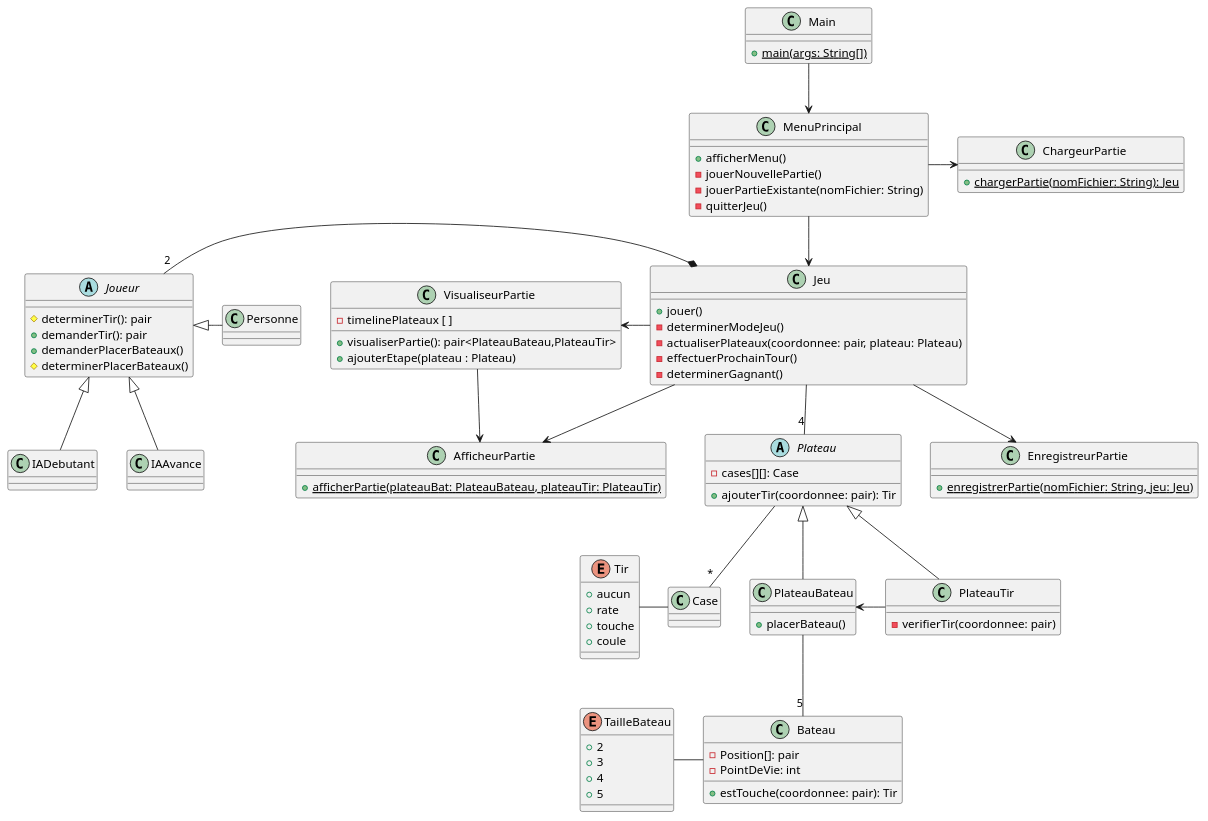
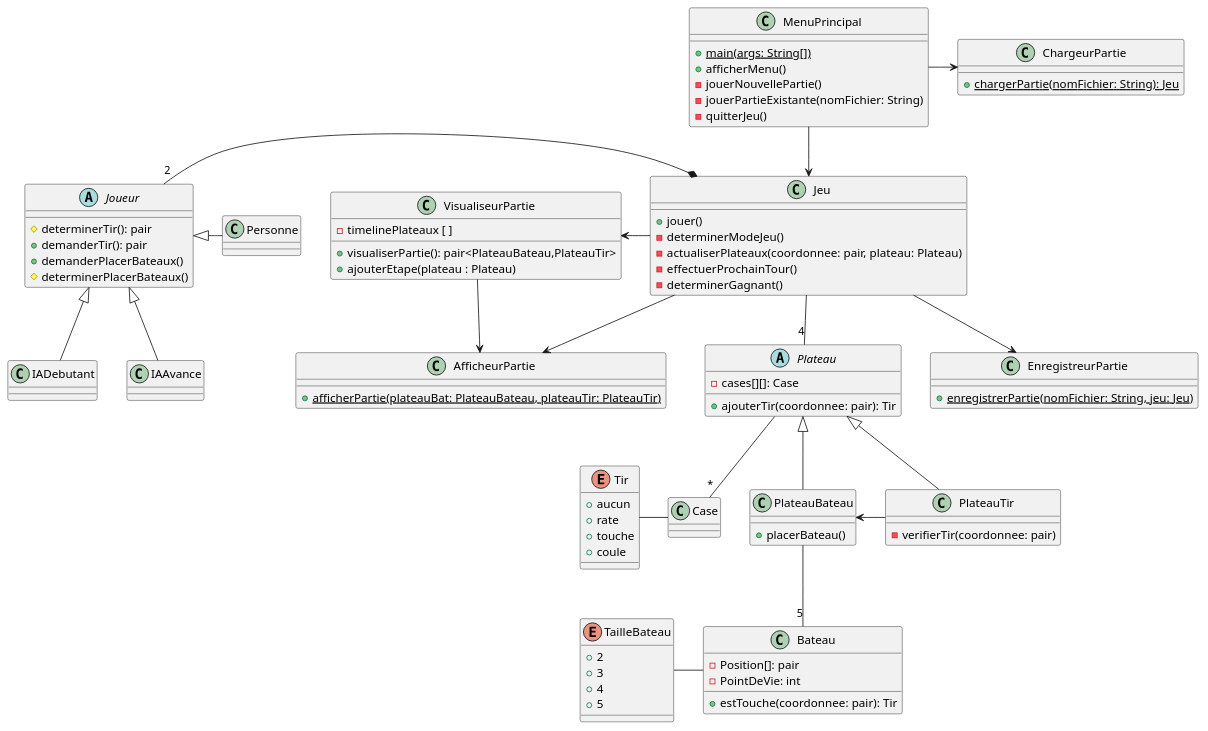
One commit to Patroklos99/5153_TP2-Battleship-AI-Pattern-Conception_Engineering2 changed the diagram in diagrammes_conception/diagramme_classes.puml. Above: the diagram before and after it, drawn with PlantUML. The commit also changed 3 other files, not shown here.

```diff
--- a/diagrammes_conception/diagramme_classes.puml
+++ b/diagrammes_conception/diagramme_classes.puml
@@ -1,113 +1,109 @@
 @startuml
-
-class Main {
-    + {static} main(args: String[])
-}
 
 abstract class Plateau{
     - cases[][]: Case
     + ajouterTir(coordonnee: pair): Tir
 }
 
 abstract class Joueur{
     # determinerTir(): pair
     + demanderTir(): pair
     + demanderPlacerBateaux()
     # determinerPlacerBateaux()
 }
 
 class MenuPrincipal{
+    + {static} main(args: String[])
     + afficherMenu()
     - jouerNouvellePartie()
     - jouerPartieExistante(nomFichier: String)
     - quitterJeu()
 }
 
 class Jeu {
     + jouer()
     - determinerModeJeu()
     - actualiserPlateaux(coordonnee: pair, plateau: Plateau)
     - effectuerProchainTour()
     - determinerGagnant()
 }
 
 class PlateauBateau {
     + placerBateau()
 }
 
 class PlateauTir {
     - verifierTir(coordonnee: pair)
 }
 
 class Bateau {
     - Position[]: pair
     - PointDeVie: int
     + estTouche(coordonnee: pair): Tir
 }
 
 enum TailleBateau {
     + 2
     + 3
     + 4
     + 5
 }
 
 class Case {
 }
 
 enum Tir {
     + aucun
     + rate
     + touche
     + coule
 }
 
 class IADebutant {
 }
 
 class IAAvance{
 }
 
 class ChargeurPartie {
     + {static} chargerPartie(nomFichier: String): Jeu
 }
 
 class VisualiseurPartie {
     - timelinePlateaux [ ]
     + visualiserPartie(): pair<PlateauBateau,PlateauTir>
     + ajouterEtape(plateau : Plateau)
 }
 
 class AfficheurPartie {
     + {static} afficherPartie(plateauBat: PlateauBateau, plateauTir: PlateauTir)
 }
 
 class EnregistreurPartie {
     + {static} enregistrerPartie(nomFichier: String, jeu: Jeu)
 }
 
 class Personne {
 }
 
 
 PlateauBateau -- "5" Bateau
 Bateau -left- TailleBateau
 Plateau <|-- PlateauBateau
 Plateau <|-- PlateauTir
 Jeu -left-> VisualiseurPartie
 Jeu --> EnregistreurPartie
 Jeu --> AfficheurPartie
 MenuPrincipal -> ChargeurPartie
-Main --> MenuPrincipal
 MenuPrincipal --> Jeu
 Jeu-- "4" Plateau
 Plateau -- "*" Case
 Case -left- Tir
 Joueur <|- Personne
 Joueur <|-down- IADebutant
 Joueur <|-down- IAAvance
 Jeu *-left-- "2" Joueur
 PlateauBateau <- PlateauTir
 VisualiseurPartie --> AfficheurPartie
 
 @enduml
```
